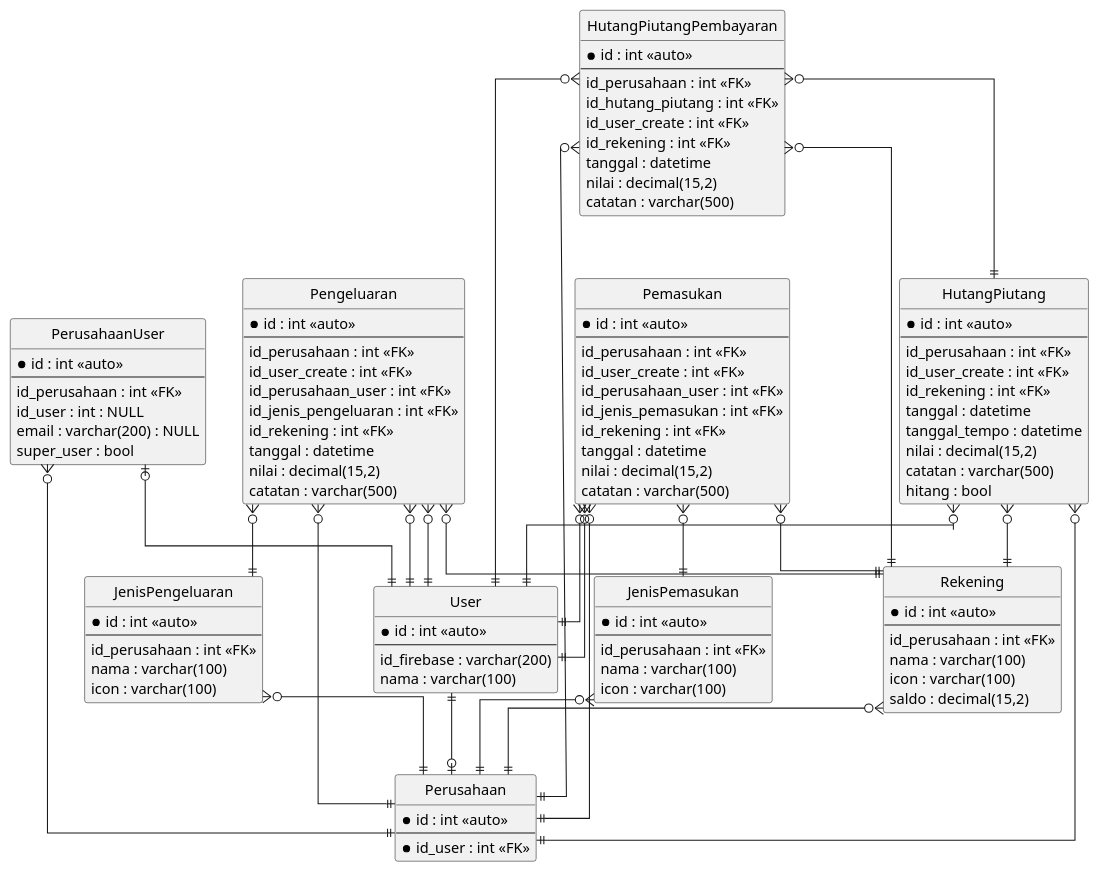
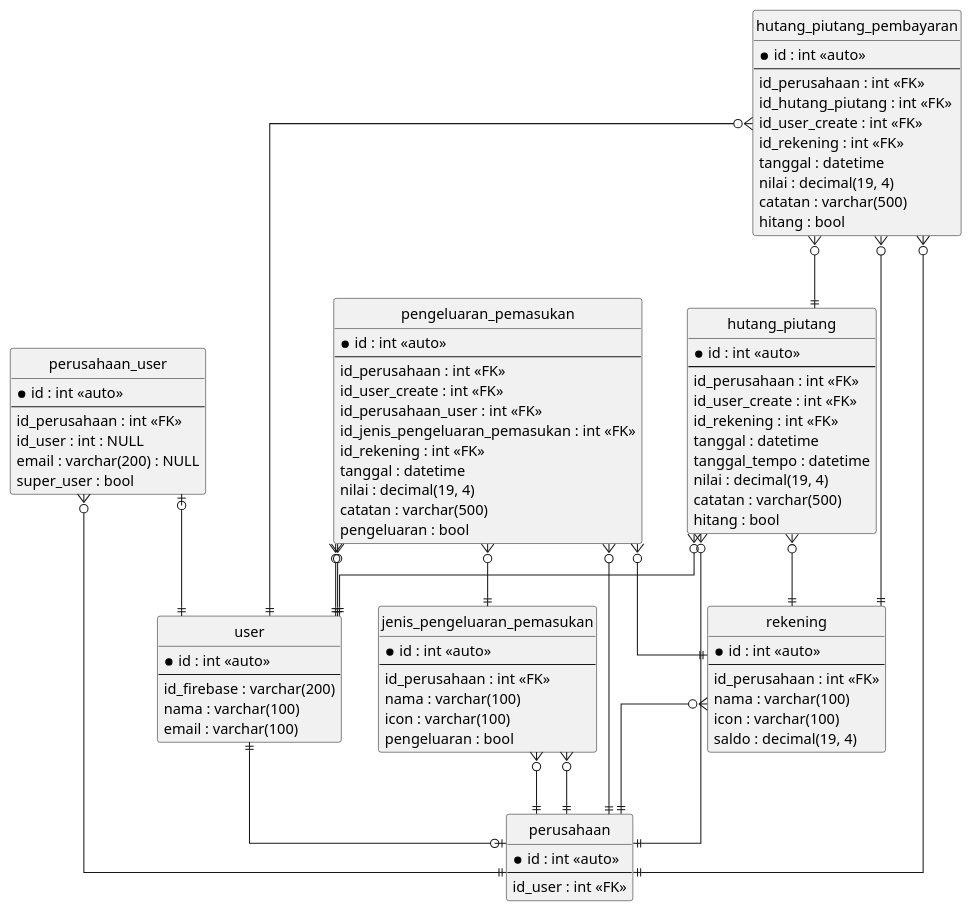
Before and after one commit to debayus/catatan-keuangan-online: the diagram in rancangan/2.erd.pu, drawn with PlantUML.

```diff
--- a/rancangan/2.erd.pu
+++ b/rancangan/2.erd.pu
@@ -1,128 +1,106 @@
 @startuml sample
 
 hide circle
 skinparam linetype ortho
 
-entity "User" as user {
+entity "user" as user {
     *id : int <<auto>>
     --
     id_firebase : varchar(200)
     nama : varchar(100)
+    email : varchar(100)
 }
 
-entity "Perusahaan" as perusahaan {
+entity "perusahaan" as perusahaan {
     *id : int <<auto>>
     --
-    *id_user : int <<FK>>
+    id_user : int <<FK>>
 }
 
-entity "PerusahaanUser" as perusahaanUser {
+entity "perusahaan_user" as perusahaan_user {
     *id : int <<auto>>
     --
     id_perusahaan : int <<FK>>
     id_user : int : NULL
     email : varchar(200) : NULL
     super_user : bool
 }
 
-entity "Rekening" as rekening {
+entity "rekening" as rekening {
     *id : int <<auto>>
     --
     id_perusahaan : int <<FK>>
     nama : varchar(100)
     icon : varchar(100)
-    saldo : decimal(15,2)
+    saldo : decimal(19, 4)
 }
 
-entity "JenisPengeluaran" as jenisPengeluaran {
+entity "jenis_pengeluaran_pemasukan" as jenis_pengeluaran_pemasukan {
     *id : int <<auto>>
     --
     id_perusahaan : int <<FK>>
     nama : varchar(100)
     icon : varchar(100)
+    pengeluaran : bool
 }
 
-entity "JenisPemasukan" as jenisPemasukan {
-    *id : int <<auto>>
-    --
-    id_perusahaan : int <<FK>>
-    nama : varchar(100)
-    icon : varchar(100)
-}
-
-entity "Pengeluaran" as pengeluaran {
+entity "pengeluaran_pemasukan" as pengeluaran_pemasukan {
     *id : int <<auto>>
     --
     id_perusahaan : int <<FK>>
     id_user_create : int <<FK>>
     id_perusahaan_user : int <<FK>>
-    id_jenis_pengeluaran : int <<FK>>
+    id_jenis_pengeluaran_pemasukan : int <<FK>>
     id_rekening : int <<FK>>
     tanggal : datetime
-    nilai : decimal(15,2)
+    nilai : decimal(19, 4)
     catatan : varchar(500)
+    pengeluaran : bool
 }
 
-entity "Pemasukan" as pemasukan {
-    *id : int <<auto>>
-    --
-    id_perusahaan : int <<FK>>
-    id_user_create : int <<FK>>
-    id_perusahaan_user : int <<FK>>
-    id_jenis_pemasukan : int <<FK>>
-    id_rekening : int <<FK>>
-    tanggal : datetime
-    nilai : decimal(15,2)
-    catatan : varchar(500)
-}
-
-entity "HutangPiutang" as hutangPiutang {
+entity "hutang_piutang" as hutang_piutang {
     *id : int <<auto>>
     --
     id_perusahaan : int <<FK>>
     id_user_create : int <<FK>>
     id_rekening : int <<FK>>
     tanggal : datetime
     tanggal_tempo : datetime
-    nilai : decimal(15,2)
+    nilai : decimal(19, 4)
     catatan : varchar(500)
     hitang : bool
 }
 
-entity "HutangPiutangPembayaran" as hutangPiutangPembayaran {
+entity "hutang_piutang_pembayaran" as hutang_piutang_pembayaran {
     *id : int <<auto>>
     --
     id_perusahaan : int <<FK>>
     id_hutang_piutang : int <<FK>>
     id_user_create : int <<FK>>
     id_rekening : int <<FK>>
     tanggal : datetime
-    nilai : decimal(15,2)
+    nilai : decimal(19, 4)
     catatan : varchar(500)
+    hitang : bool
 }
 
 user ||--o| perusahaan
-perusahaanUser }o--|| perusahaan
-perusahaanUser |o--|| user
+perusahaan_user }o--|| perusahaan
+perusahaan_user |o--|| user
 rekening }o--|| perusahaan
-jenisPengeluaran }o--|| perusahaan
-jenisPemasukan }o--|| perusahaan
-pengeluaran }o--|| perusahaan
-pengeluaran }o--|| user
-pengeluaran }o--|| user
-pengeluaran }o--|| jenisPengeluaran
-pengeluaran }o--|| rekening
-pemasukan }o--|| perusahaan
-pemasukan }o--|| user
-pemasukan }o--|| user
-pemasukan }o--|| jenisPemasukan
-pemasukan }o--|| rekening
-hutangPiutang }o--|| perusahaan
-hutangPiutang }o--|| user
-hutangPiutang }o--|| rekening
-hutangPiutangPembayaran }o--|| perusahaan
-hutangPiutangPembayaran }o--|| hutangPiutang
-hutangPiutangPembayaran }o--|| user
-hutangPiutangPembayaran }o--|| rekening
+jenis_pengeluaran_pemasukan }o--|| perusahaan
+jenis_pengeluaran_pemasukan }o--|| perusahaan
+pengeluaran_pemasukan }o--|| perusahaan
+pengeluaran_pemasukan }o--|| user
+pengeluaran_pemasukan }o--|| user
+pengeluaran_pemasukan }o--|| jenis_pengeluaran_pemasukan
+pengeluaran_pemasukan }o--|| rekening
+hutang_piutang }o--|| perusahaan
+hutang_piutang }o--|| user
+hutang_piutang }o--|| rekening
+hutang_piutang_pembayaran }o--|| perusahaan
+hutang_piutang_pembayaran }o--|| hutang_piutang
+hutang_piutang_pembayaran }o--|| user
+hutang_piutang_pembayaran }o--|| rekening
 
 @enduml
```
